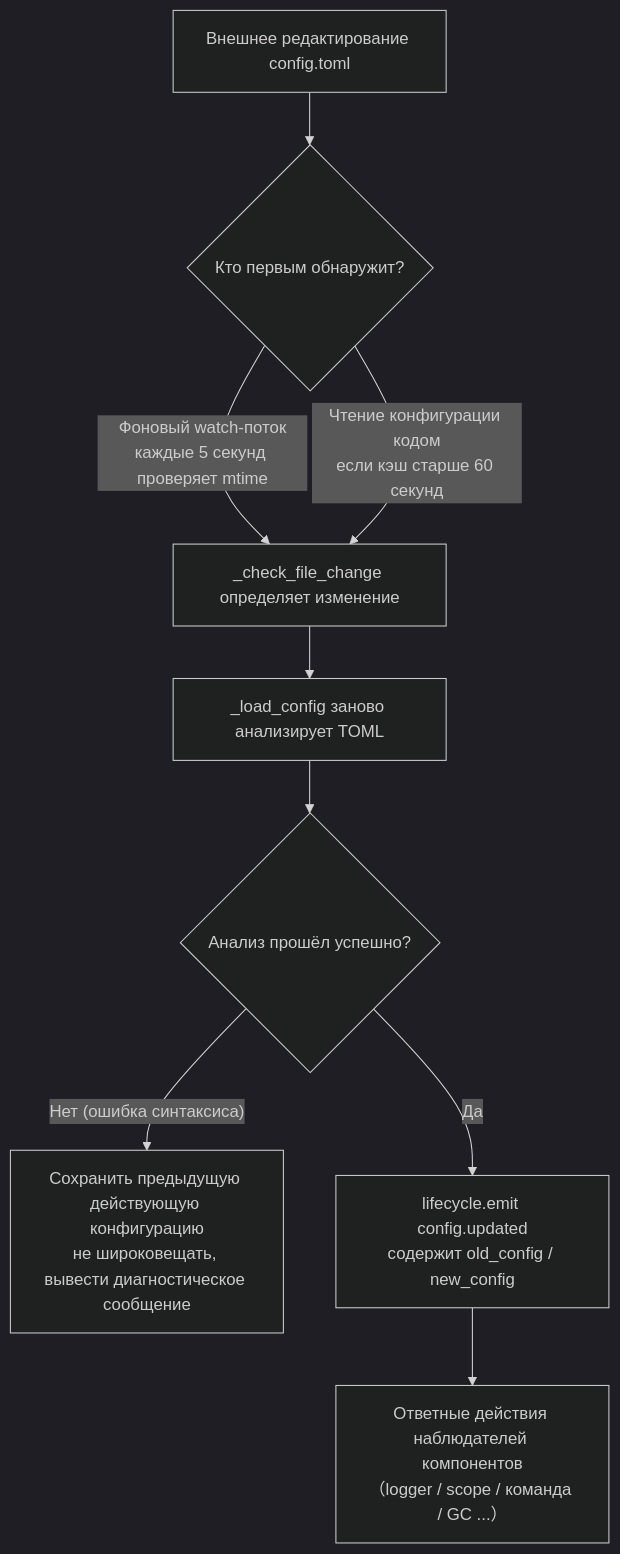
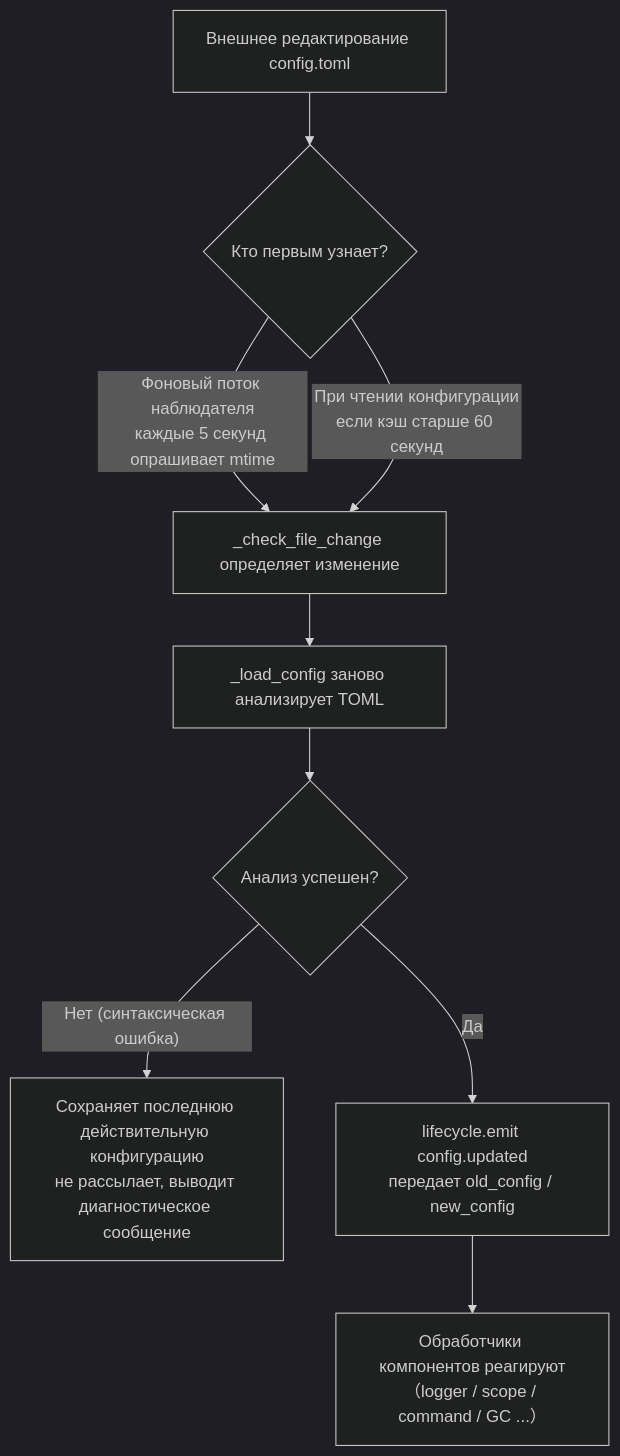
The diagram in docs/ru/user-guide/configuration.md (ErisPulse/ErisPulse), drawn with Mermaid (dark theme) before and after one commit. The commit also changed other lines of this file and 71 other files, not shown here.

````diff
--- a/docs/ru/user-guide/configuration.md
+++ b/docs/ru/user-guide/configuration.md
@@ -103,11 +130,11 @@
 ```mermaid
 flowchart TD
-    A["Внешнее редактирование config.toml"] --> B{"Кто первым обнаружит?"}
-    B -->|"Фоновый watch-поток<br/>каждые 5 секунд проверяет mtime"| C["_check_file_change определяет изменение"]
-    B -->|"Чтение конфигурации кодом<br/>если кэш старше 60 секунд"| C
+    A["Внешнее редактирование config.toml"] --> B{"Кто первым узнает?"}
+    B -->|"Фоновый поток наблюдателя<br/>каждые 5 секунд опрашивает mtime"| C["_check_file_change определяет изменение"]
+    B -->|"При чтении конфигурации<br/>если кэш старше 60 секунд"| C
     C --> D["_load_config заново анализирует TOML"]
-    D --> E{"Анализ прошёл успешно?"}
-    E -->|"Нет (ошибка синтаксиса)"| F["Сохранить предыдущую действующую конфигурацию<br/>не широковещать, вывести диагностическое сообщение"]
-    E -->|"Да"| G["lifecycle.emit config.updated<br/>содержит old_config / new_config"]
-    G --> H["Ответные действия наблюдателей компонентов<br/>（logger / scope / команда / GC ...）"]
+    D --> E{"Анализ успешен?"}
+    E -->|"Нет (синтаксическая ошибка)"| F["Сохраняет последнюю действительную конфигурацию<br/>не рассылает, выводит диагностическое сообщение"]
+    E -->|"Да"| G["lifecycle.emit config.updated<br/>передает old_config / new_config"]
+    G --> H["Обработчики компонентов реагируют<br/>（logger / scope / command / GC ...）"]
 ```
````
